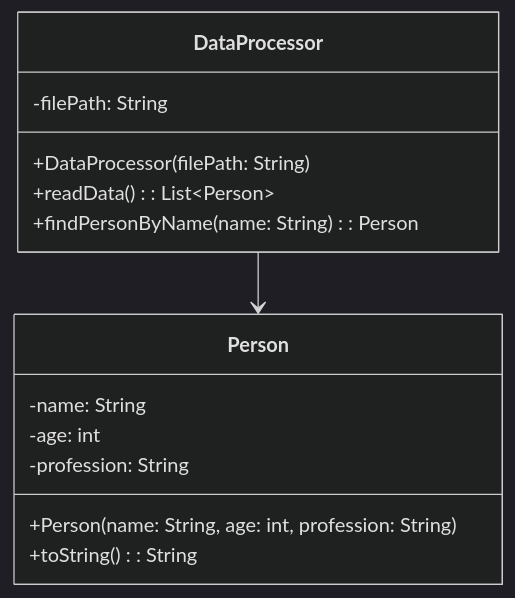
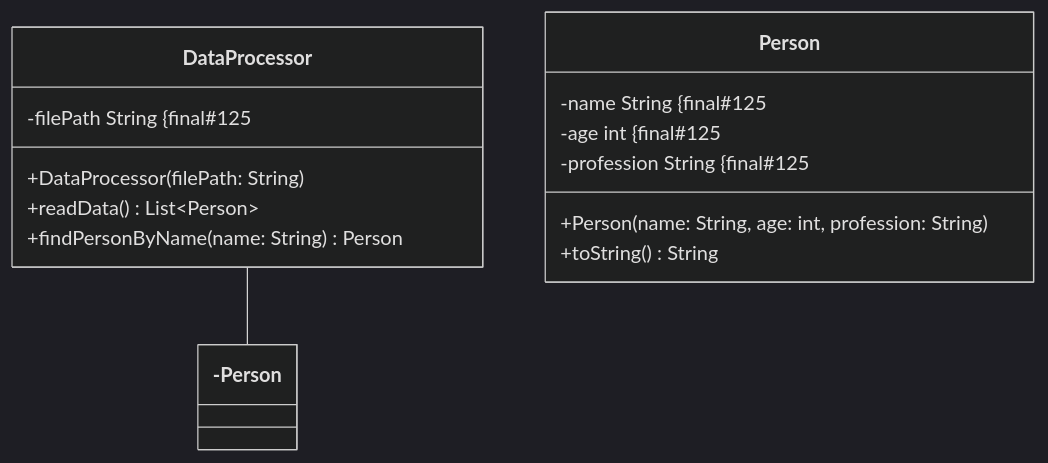
Before and after one commit to wielandjan/java_helloWorld_1: the second of 4 diagrams in scr/exercises/Programmieren1/SampleExam/ReadMe.md, drawn with Mermaid (dark theme). The commit also changed other lines of this file and 1 other file, not shown here.

Commit message:
new file:   scr/exercises/Programmieren1/SampleExam/DateManager.java 	modified:   scr/exercises/Programmieren1/SampleExam/ReadMe.md

````diff
--- a/scr/exercises/Programmieren1/SampleExam/ReadMe.md
+++ b/scr/exercises/Programmieren1/SampleExam/ReadMe.md
@@ -62,19 +62,19 @@
 ```mermaid
 classDiagram
     class DataProcessor {
-        -filePath: String
+        -filePath String #123;final#125
         +DataProcessor(filePath: String)
-        +readData(): List~Person~
-        +findPersonByName(name: String): Person
+        +readData() List~Person~
+        +findPersonByName(name: String) Person
     }
 
     class Person {
-        -name: String
-        -age: int
-        -profession: String
+        -name String #123;final#125
+        -age int #123;final#125
+        -profession String #123;final#125
         +Person(name: String, age: int, profession: String)
-        +toString(): String
+        +toString() String
     }
 
-    DataProcessor --> Person
+    DataProcessor --- Person
 ```
````
